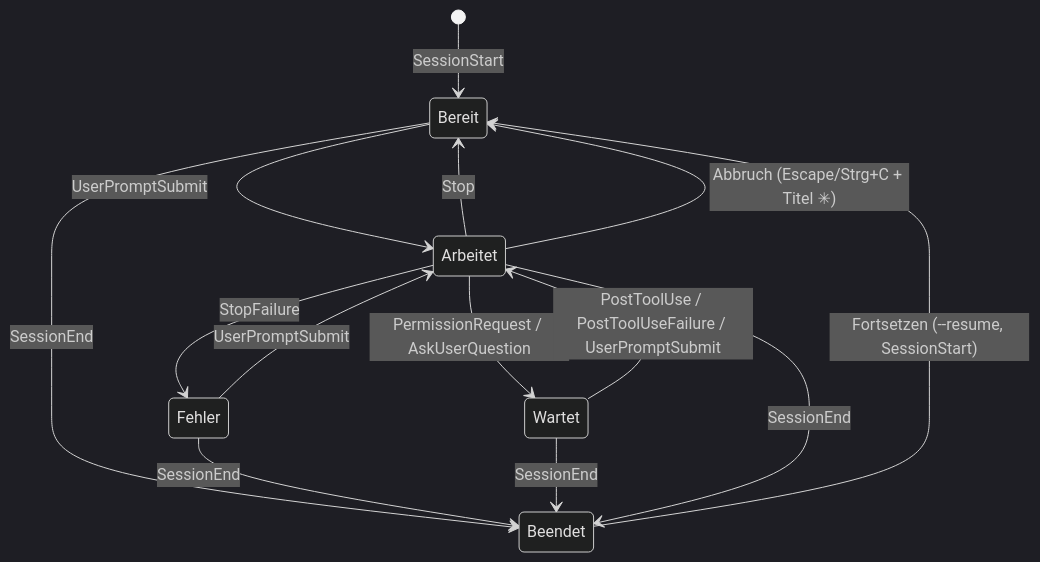
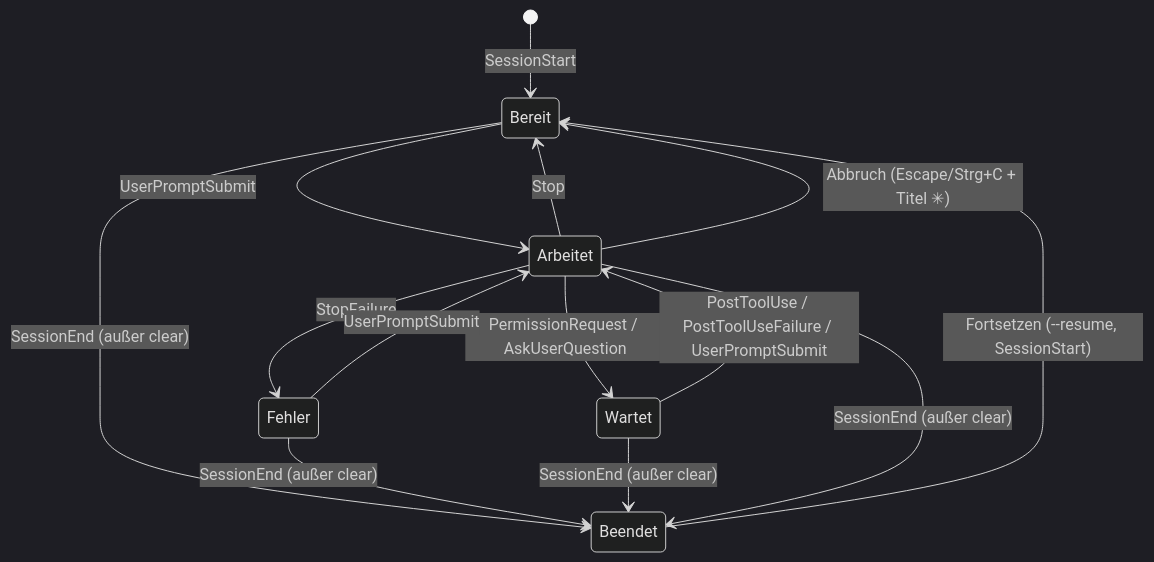
The second of 3 diagrams in docs/konzept.md (viper1979/argus), drawn with Mermaid (dark theme) before and after one commit. The commit also changed other lines of this file and 4 other files, not shown here.

````diff
--- a/docs/konzept.md
+++ b/docs/konzept.md
@@ -76,16 +76,16 @@
 ```mermaid
 stateDiagram-v2
     [*] --> Bereit: SessionStart
     Bereit --> Arbeitet: UserPromptSubmit
     Arbeitet --> Wartet: PermissionRequest / AskUserQuestion
     Wartet --> Arbeitet: PostToolUse / PostToolUseFailure / UserPromptSubmit
     Arbeitet --> Bereit: Stop
     Arbeitet --> Bereit: Abbruch (Escape/Strg+C + Titel ✳)
     Arbeitet --> Fehler: StopFailure
     Fehler --> Arbeitet: UserPromptSubmit
-    Bereit --> Beendet: SessionEnd
-    Fehler --> Beendet: SessionEnd
-    Wartet --> Beendet: SessionEnd
-    Arbeitet --> Beendet: SessionEnd
+    Bereit --> Beendet: SessionEnd (außer clear)
+    Fehler --> Beendet: SessionEnd (außer clear)
+    Wartet --> Beendet: SessionEnd (außer clear)
+    Arbeitet --> Beendet: SessionEnd (außer clear)
     Beendet --> Bereit: Fortsetzen (--resume, SessionStart)
 ```
````
